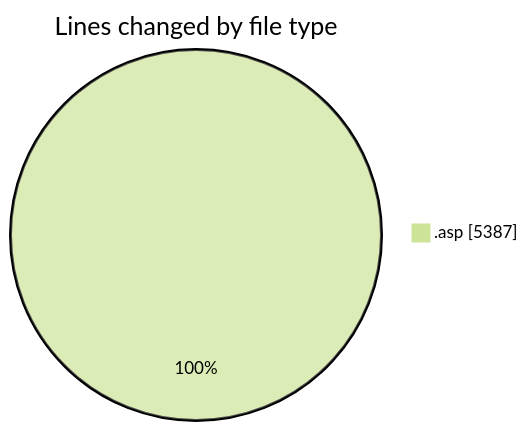
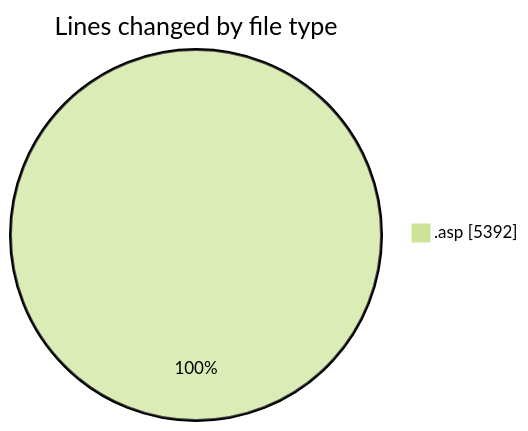
One commit to julien-gomy/code-tracking changed the first of 2 diagrams in 2025-10-31/cdp_aleoudev_fr__workspace_/README.md. Above: the diagram before and after it, drawn with Mermaid (forest theme). The commit also changed other lines of this file and 1 other file, not shown here.

````diff
--- a/2025-10-31/cdp_aleoudev_fr__workspace_/README.md
+++ b/2025-10-31/cdp_aleoudev_fr__workspace_/README.md
@@ -23,5 +23,5 @@
 ```mermaid
 pie showData
 title Lines changed by file type
-".asp" : 5387
+".asp" : 5392
 ```
````
